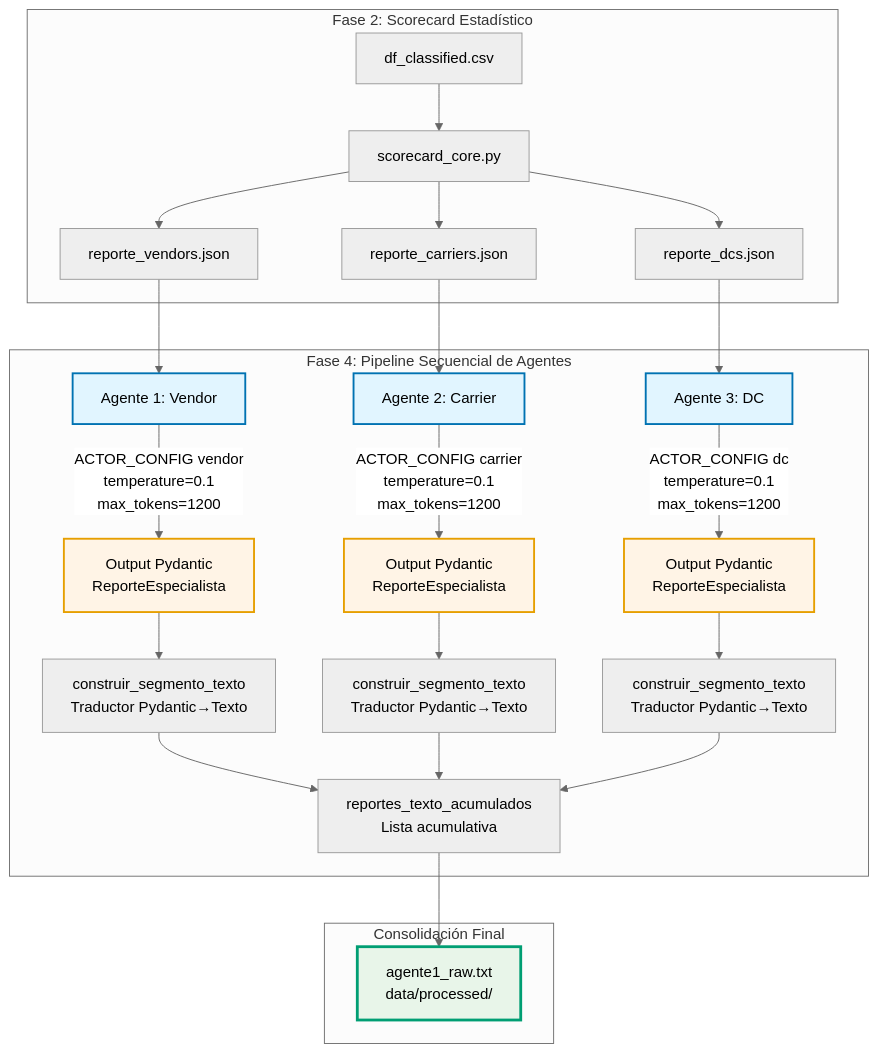
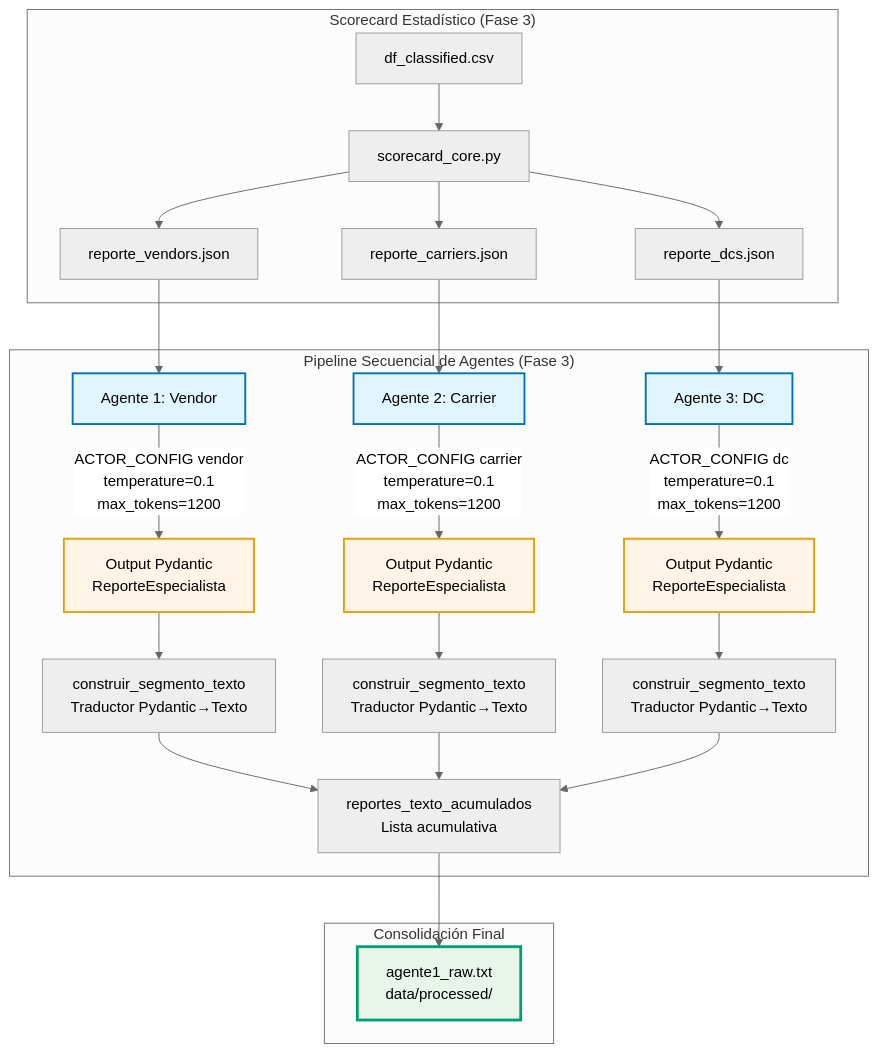
The diagram in documentation/decisiones/ARD-19.md (CCMarv/po-delay-analyzer), drawn with Mermaid (neutral theme) before and after one commit. The commit also changed other lines of this file and 1 other file, not shown here.

````diff
--- a/documentation/decisiones/ARD-19.md
+++ b/documentation/decisiones/ARD-19.md
@@ -61,41 +65,41 @@
 ```mermaid
 flowchart TD
-    subgraph "Fase 2: Scorecard Estadístico"
+    subgraph "Scorecard Estadístico (Fase 3)"
         A[df_classified.csv] --> B[scorecard_core.py]
         B --> C[reporte_vendors.json]
         B --> D[reporte_carriers.json]
         B --> E[reporte_dcs.json]
     end
 
-    subgraph "Fase 4: Pipeline Secuencial de Agentes"
+    subgraph "Pipeline Secuencial de Agentes (Fase 3)"
         C --> F[Agente 1: Vendor]
         F -->|ACTOR_CONFIG vendor<br>temperature=0.1<br>max_tokens=1200| G[Output Pydantic<br>ReporteEspecialista]
         
         G --> H[construir_segmento_texto<br>Traductor Pydantic→Texto]
         H --> I[reportes_texto_acumulados<br>Lista acumulativa]
         
         D --> J[Agente 2: Carrier]
         J -->|ACTOR_CONFIG carrier<br>temperature=0.1<br>max_tokens=1200| K[Output Pydantic<br>ReporteEspecialista]
         
         K --> L[construir_segmento_texto<br>Traductor Pydantic→Texto]
         L --> I
         
         E --> M[Agente 3: DC]
         M -->|ACTOR_CONFIG dc<br>temperature=0.1<br>max_tokens=1200| N[Output Pydantic<br>ReporteEspecialista]
         
         N --> O[construir_segmento_texto<br>Traductor Pydantic→Texto]
         O --> I
     end
 
     subgraph "Consolidación Final"
         I --> P[agente1_raw.txt<br>data/processed/]
     end
 
     style F fill:#e1f5ff,stroke:#0072B2,stroke-width:2px
     style J fill:#e1f5ff,stroke:#0072B2,stroke-width:2px
     style M fill:#e1f5ff,stroke:#0072B2,stroke-width:2px
     style G fill:#fff4e6,stroke:#E69F00,stroke-width:2px
     style K fill:#fff4e6,stroke:#E69F00,stroke-width:2px
     style N fill:#fff4e6,stroke:#E69F00,stroke-width:2px
     style P fill:#e8f5e9,stroke:#009E73,stroke-width:3px
 ```
````
